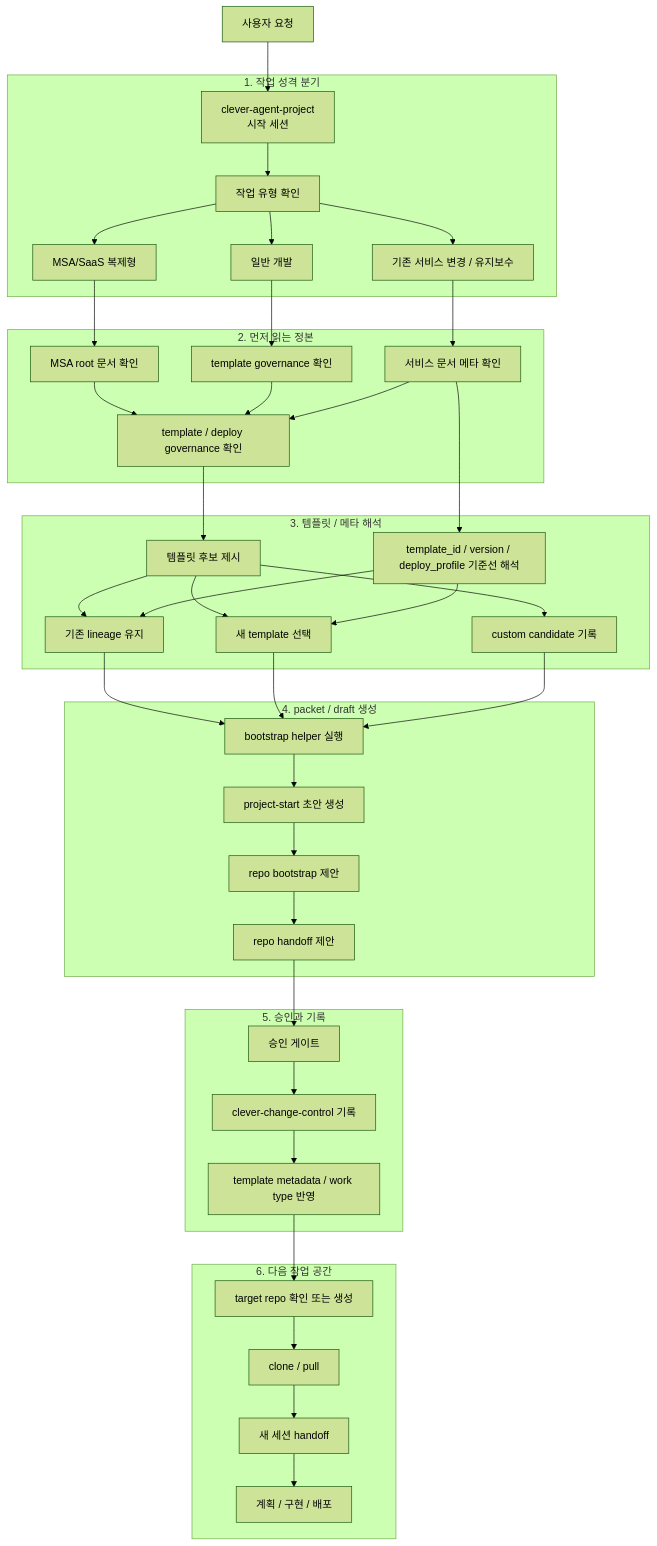
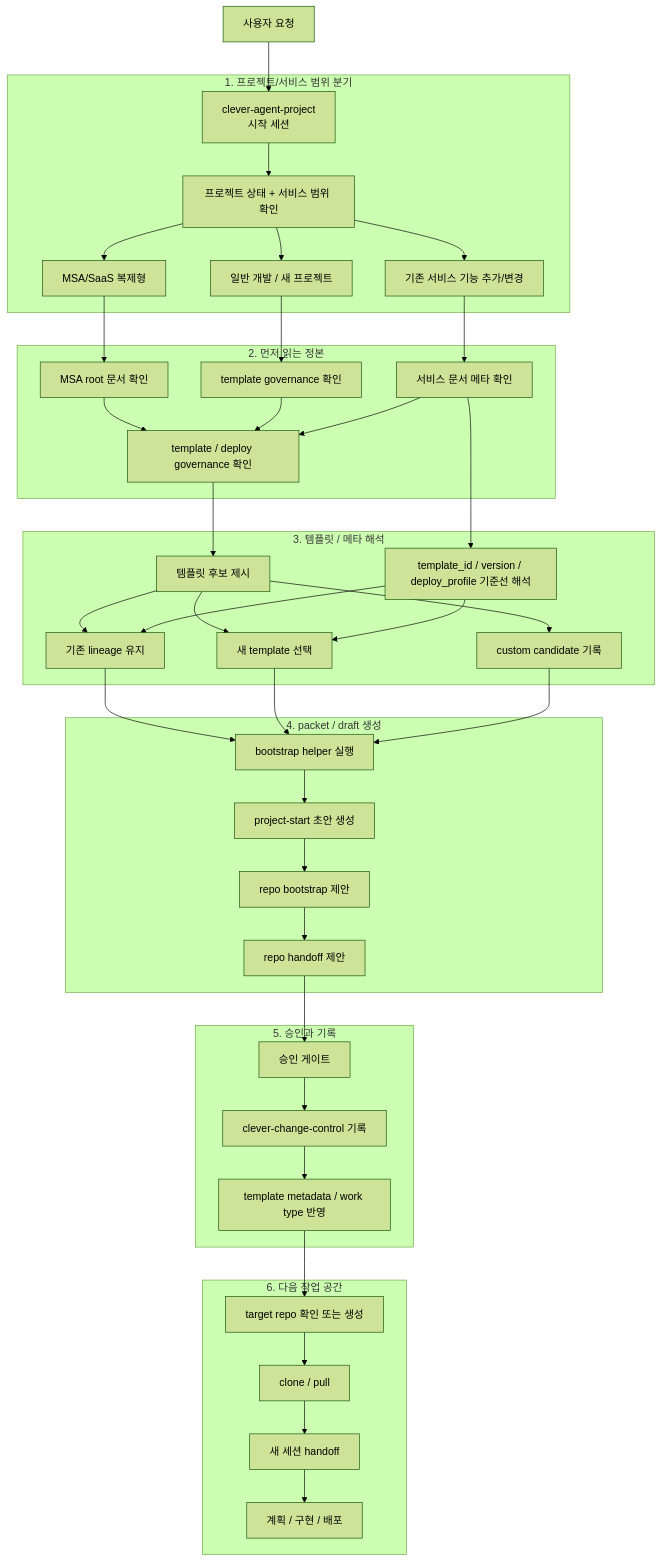
The diagram in docs/setting.md (EVNSolution/clever-agent-project), drawn with Mermaid (forest theme) before and after one commit. The commit also changed other lines of this file and 12 other files, not shown here.

````diff
--- a/docs/setting.md
+++ b/docs/setting.md
@@ -615,52 +653,52 @@
 ```mermaid
 flowchart TB
     U["사용자 요청"] --> A["clever-agent-project<br/>시작 세션"]
 
-    subgraph CLASSIFY["1. 작업 성격 분기"]
-        A --> B["작업 유형 확인"]
+    subgraph CLASSIFY["1. 프로젝트/서비스 범위 분기"]
+        A --> B["프로젝트 상태 + 서비스 범위 확인"]
         B --> C["MSA/SaaS 복제형"]
-        B --> D["일반 개발"]
-        B --> E["기존 서비스 변경 / 유지보수"]
+        B --> D["일반 개발 / 새 프로젝트"]
+        B --> E["기존 서비스 기능 추가/변경"]
     end
 
     subgraph READ["2. 먼저 읽는 정본"]
         C --> R1["MSA root 문서 확인"]
         D --> R2["template governance 확인"]
         E --> R3["서비스 문서 메타 확인"]
         R1 --> R4["template / deploy governance 확인"]
         R2 --> R4
         R3 --> R4
     end
 
     subgraph CHOOSE["3. 템플릿 / 메타 해석"]
         R4 --> T1["템플릿 후보 제시"]
         T1 --> T2["기존 lineage 유지"]
         T1 --> T3["새 template 선택"]
         T1 --> T4["custom candidate 기록"]
         R3 --> T5["template_id / version / deploy_profile 기준선 해석"]
         T5 --> T2
         T5 --> T3
     end
 
     subgraph PACKET["4. packet / draft 생성"]
         T2 --> P1["bootstrap helper 실행"]
         T3 --> P1
         T4 --> P1
         P1 --> P2["project-start 초안 생성"]
         P2 --> P3["repo bootstrap 제안"]
         P3 --> P4["repo handoff 제안"]
     end
 
     subgraph APPROVAL["5. 승인과 기록"]
         P4 --> G1["승인 게이트"]
         G1 --> G2["clever-change-control 기록"]
         G2 --> G3["template metadata / work type 반영"]
     end
 
     subgraph NEXT["6. 다음 작업 공간"]
         G3 --> N1["target repo 확인 또는 생성"]
         N1 --> N2["clone / pull"]
         N2 --> N3["새 세션 handoff"]
         N3 --> N4["계획 / 구현 / 배포"]
     end
 ```
````
